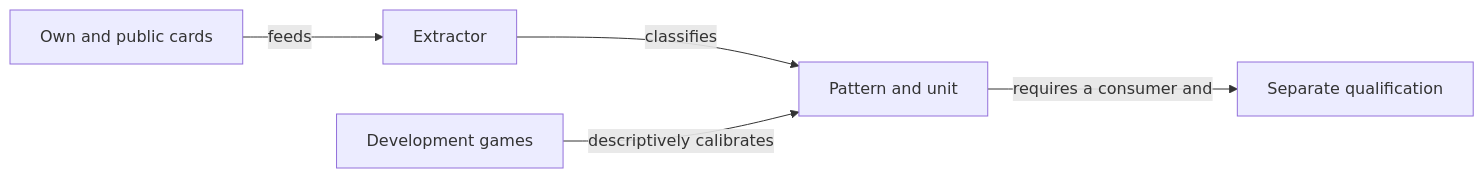
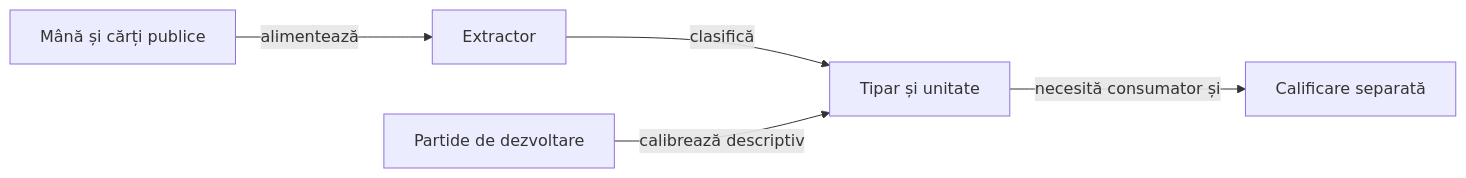
One commit to crististefanita/atf_j4 changed the diagram in docs/ai/ATF_HandPatternsEn.md. Above: the diagram before and after it, drawn with Mermaid. The commit also changed other lines of this file and 40 other files, not shown here.

````diff
--- a/docs/ai/ATF_HandPatternsEn.md
+++ b/docs/ai/ATF_HandPatternsEn.md
@@ -9,7 +9,7 @@
 ```mermaid
 flowchart LR
-    OBS[Own and public cards] -->|feeds| EXTRACT[Extractor]
-    EXTRACT -->|classifies| PATTERN[Pattern and unit]
-    GAMES[Development games] -->|descriptively calibrates| PATTERN
-    PATTERN -->|requires a consumer and| GATE[Separate qualification]
+    OBS[Mână și cărți publice] -->|alimentează| EXTRACT[Extractor]
+    EXTRACT -->|clasifică| PATTERN[Tipar și unitate]
+    GAMES[Partide de dezvoltare] -->|calibrează descriptiv| PATTERN
+    PATTERN -->|necesită consumator și| GATE[Calificare separată]
 ```
````
